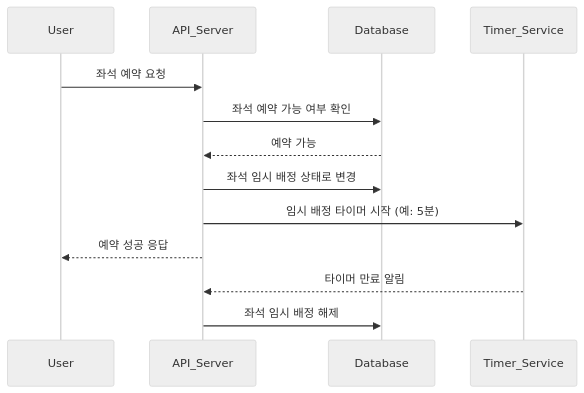
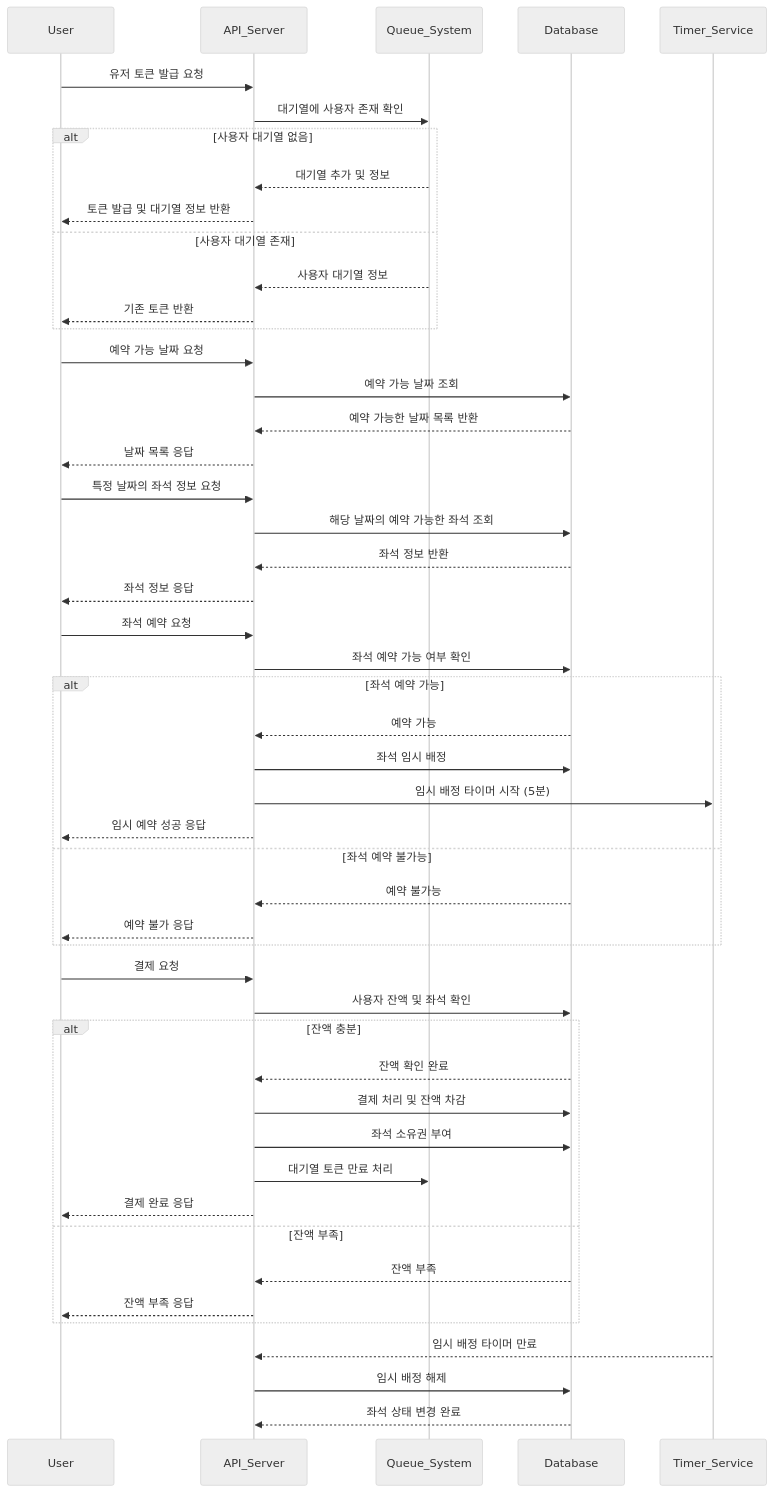
The second of 3 diagrams in README.md (YouSangSon/hhplus-rest), drawn with Mermaid (neutral theme) before and after one commit. The commit also changed other lines of this file and 9 other files, not shown here.

Commit message:
* ERD 설계 자료 제출, API 명세 및 Mock API 작성

````diff
--- a/README.md
+++ b/README.md
@@ -178,17 +124,60 @@
 ```mermaid
 sequenceDiagram
-    participant User
-    participant API_Server
-    participant Database
-    participant Timer_Service
+participant User
+participant API_Server
+participant Queue_System
+participant Database
+participant Timer_Service
+
+    User->>API_Server: 유저 토큰 발급 요청
+    API_Server->>Queue_System: 대기열에 사용자 존재 확인
+    
+    alt 사용자 대기열 없음
+        Queue_System-->>API_Server: 대기열 추가 및 정보
+        API_Server-->>User: 토큰 발급 및 대기열 정보 반환
+    else 사용자 대기열 존재
+        Queue_System-->>API_Server: 사용자 대기열 정보
+        API_Server-->>User: 기존 토큰 반환
+    end
+
+    User->>API_Server: 예약 가능 날짜 요청
+    API_Server->>Database: 예약 가능 날짜 조회
+    Database-->>API_Server: 예약 가능한 날짜 목록 반환
+    API_Server-->>User: 날짜 목록 응답
+
+    User->>API_Server: 특정 날짜의 좌석 정보 요청
+    API_Server->>Database: 해당 날짜의 예약 가능한 좌석 조회
+    Database-->>API_Server: 좌석 정보 반환
+    API_Server-->>User: 좌석 정보 응답
 
     User->>API_Server: 좌석 예약 요청
     API_Server->>Database: 좌석 예약 가능 여부 확인
-    Database-->>API_Server: 예약 가능
-    API_Server->>Database: 좌석 임시 배정 상태로 변경
-    API_Server->>Timer_Service: 임시 배정 타이머 시작 (예: 5분)
-    API_Server-->>User: 예약 성공 응답
+    
+    alt 좌석 예약 가능
+        Database-->>API_Server: 예약 가능
+        API_Server->>Database: 좌석 임시 배정
+        API_Server->>Timer_Service: 임시 배정 타이머 시작 (5분)
+        API_Server-->>User: 임시 예약 성공 응답
+    else 좌석 예약 불가능
+        Database-->>API_Server: 예약 불가능
+        API_Server-->>User: 예약 불가 응답
+    end
 
-    Timer_Service-->>API_Server: 타이머 만료 알림
-    API_Server->>Database: 좌석 임시 배정 해제
+    User->>API_Server: 결제 요청
+    API_Server->>Database: 사용자 잔액 및 좌석 확인
+    
+    alt 잔액 충분
+        Database-->>API_Server: 잔액 확인 완료
+        API_Server->>Database: 결제 처리 및 잔액 차감
+        API_Server->>Database: 좌석 소유권 부여
+        API_Server->>Queue_System: 대기열 토큰 만료 처리
+        API_Server-->>User: 결제 완료 응답
+    else 잔액 부족
+        Database-->>API_Server: 잔액 부족
+        API_Server-->>User: 잔액 부족 응답
+    end
+
+    Timer_Service-->>API_Server: 임시 배정 타이머 만료
+    API_Server->>Database: 임시 배정 해제
+    Database-->>API_Server: 좌석 상태 변경 완료
 ```
````
